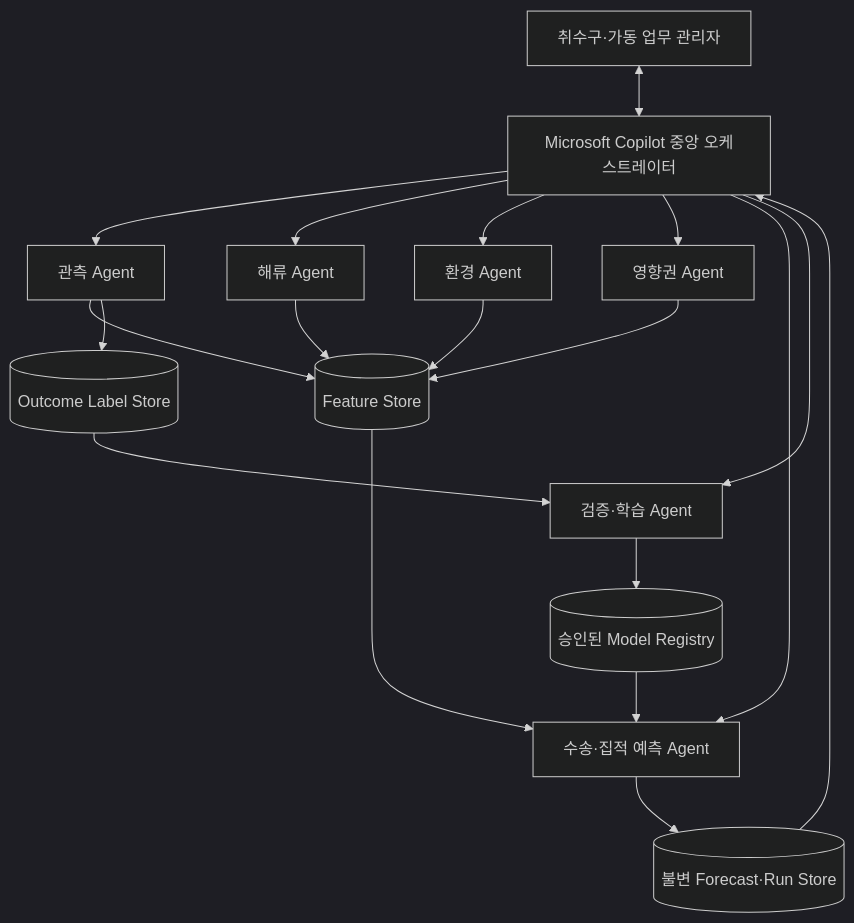
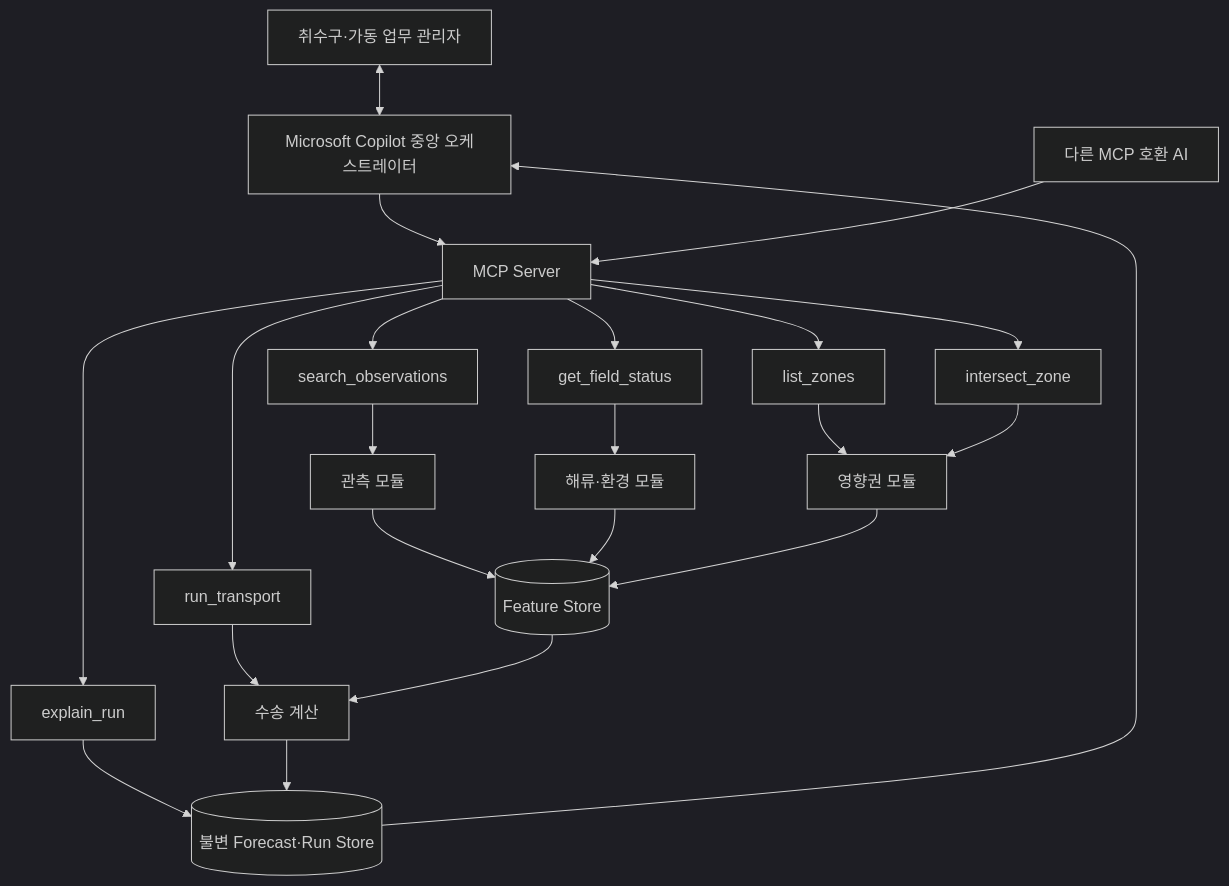
Before and after one commit to Youngmin322/junction-challenge5.1: the third of 5 diagrams in final data/37) 원전 취수구 해파리 위험 대시보드 서비스 계획서.md, drawn with Mermaid (dark theme). The commit also changed other lines of this file and 3 other files, not shown here.

First line of the commit message:
docs: align MCP agent design with judging criteria

````diff
--- a/final data/37) 원전 취수구 해파리 위험 대시보드 서비스 계획서.md
+++ b/final data/37) 원전 취수구 해파리 위험 대시보드 서비스 계획서.md
@@ -402,21 +405,24 @@
 ```mermaid
 flowchart TB
     U[취수구·가동 업무 관리자] <--> C[Microsoft Copilot 중앙 오케스트레이터]
-    C --> OA[관측 Agent]
-    C --> CA[해류 Agent]
-    C --> EA[환경 Agent]
-    C --> ZA[영향권 Agent]
-    C --> PA[수송·집적 예측 Agent]
-    C --> VA[검증·학습 Agent]
+    C --> MCP[MCP Server]
+    X[다른 MCP 호환 AI] --> MCP
+    MCP --> T1[search_observations]
+    MCP --> T2[get_field_status]
+    MCP --> T3[run_transport]
+    MCP --> T4[list_zones]
+    MCP --> T5[intersect_zone]
+    MCP --> T6[explain_run]
+    T1 --> OA[관측 모듈]
+    T2 --> CA[해류·환경 모듈]
+    T3 --> PA[수송 계산]
+    T4 --> ZA[영향권 모듈]
+    T5 --> ZA
+    T6 --> FR
     OA --> FS[(Feature Store)]
     CA --> FS
-    EA --> FS
     ZA --> FS
-    OA --> LS[(Outcome Label Store)]
     FS --> PA
-    LS --> VA
-    VA --> MR
-    MR[(승인된 Model Registry)] --> PA
     PA --> FR[(불변 Forecast·Run Store)]
     FR --> C
 ```
````
